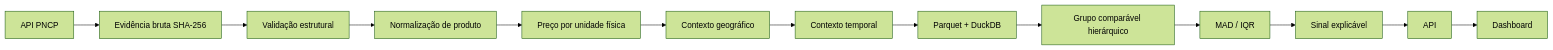
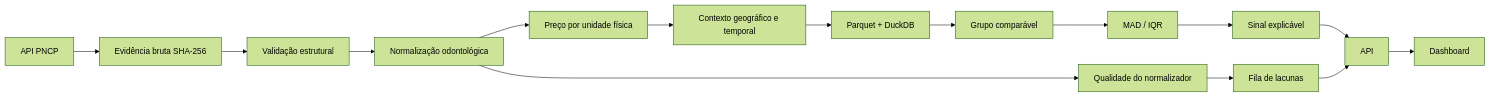
One commit to peedrovinicius/atlas-compras-publicas changed the diagram in README.md. Above: the diagram before and after it, drawn with Mermaid (forest theme). The commit also changed other lines of this file and 3 other files, not shown here.

Commit message:
docs: documenta qualidade e cobertura do normalizador

```diff
--- a/README.md
+++ b/README.md
@@ -47,15 +49,17 @@
 ~~~mermaid
 flowchart LR
     A[API PNCP] --> B[Evidência bruta SHA-256]
     B --> C[Validação estrutural]
-    C --> D[Normalização de produto]
-    D --> E[Preço por unidade física]
-    E --> F[Contexto geográfico]
-    F --> G[Contexto temporal]
+    C --> D[Normalização odontológica]
+    D --> E[Qualidade do normalizador]
+    D --> F[Preço por unidade física]
+    F --> G[Contexto geográfico e temporal]
     G --> H[Parquet + DuckDB]
-    H --> I[Grupo comparável hierárquico]
+    H --> I[Grupo comparável]
     I --> J[MAD / IQR]
     J --> K[Sinal explicável]
-    K --> L[API]
-    L --> M[Dashboard]
+    E --> L[Fila de lacunas]
+    K --> M[API]
+    L --> M
+    M --> N[Dashboard]
 ~~~
```
